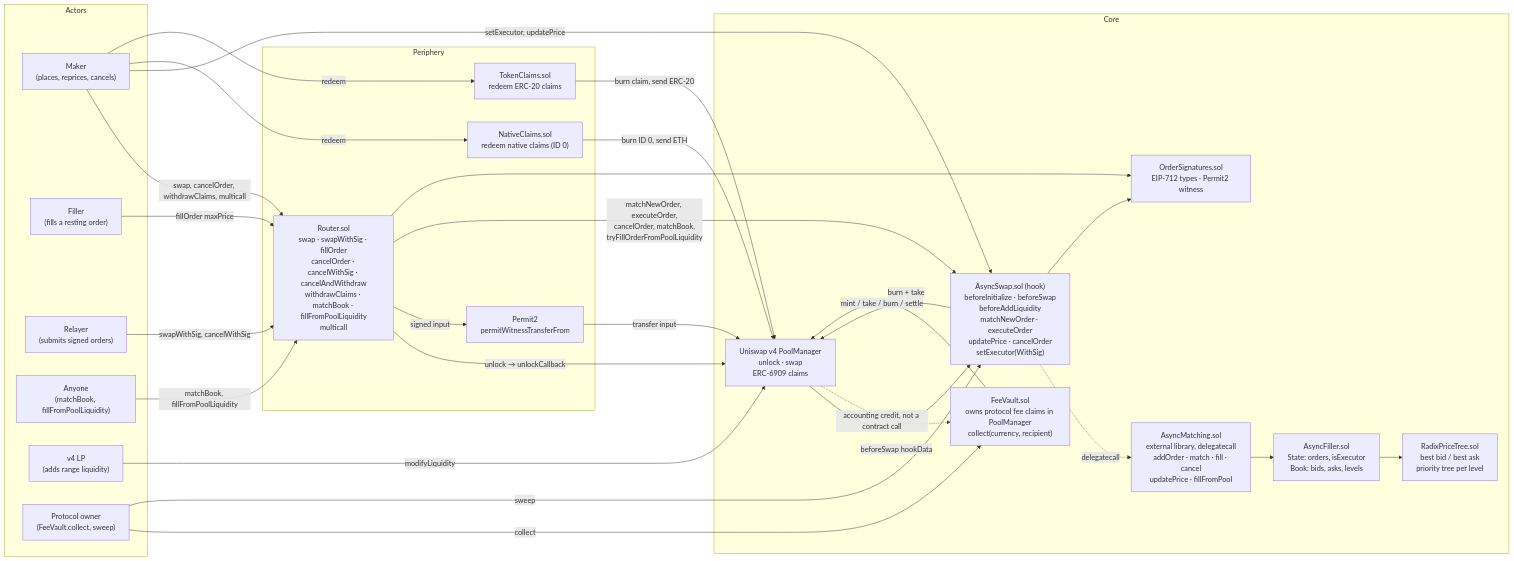
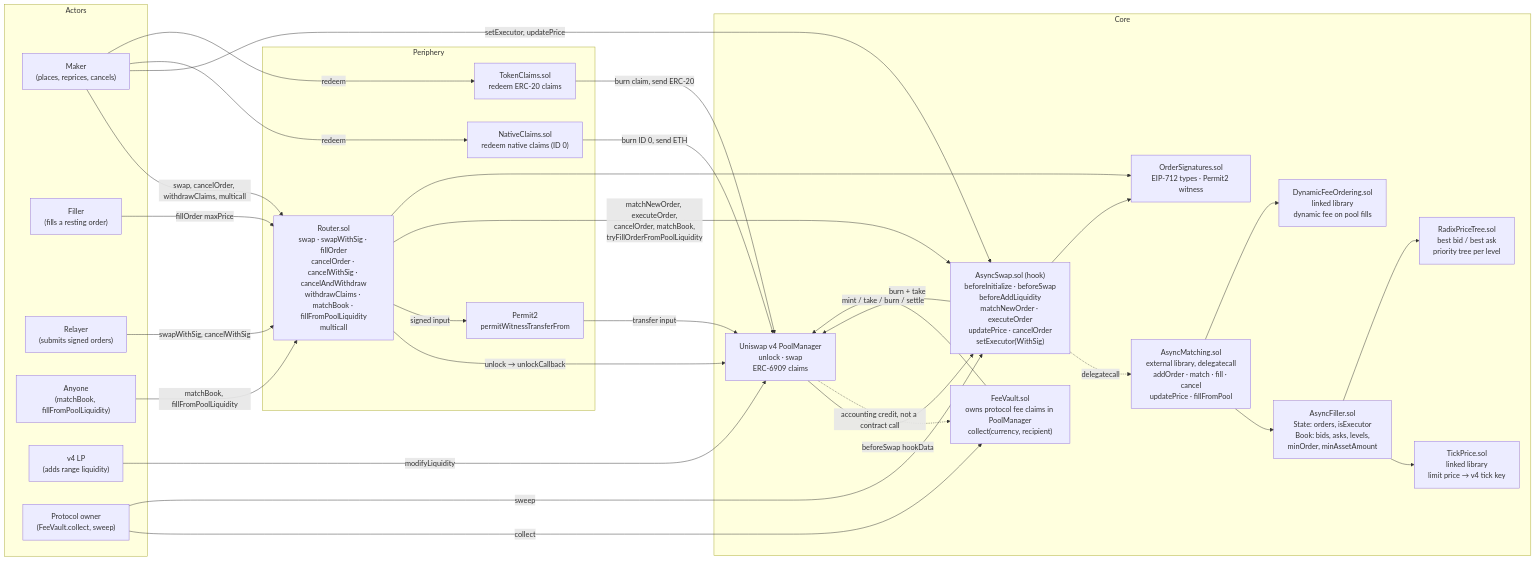
Before and after one commit to asyncswap/contracts: the first of 5 diagrams in docs/protocol.md, drawn with Mermaid. The commit also changed other lines of this file and 3 other files, not shown here.

First line of the commit message:
Bring protocol diagrams in line with the code

````diff
--- a/docs/protocol.md
+++ b/docs/protocol.md
@@ -10,55 +10,59 @@
 ```mermaid
 flowchart LR
     subgraph Actors
         Maker["Maker<br/>(places, reprices, cancels)"]
         Filler["Filler<br/>(fills a resting order)"]
         Relayer["Relayer<br/>(submits signed orders)"]
         Keeper["Anyone<br/>(matchBook, fillFromPoolLiquidity)"]
         LP["v4 LP<br/>(adds range liquidity)"]
         Owner["Protocol owner<br/>(FeeVault.collect, sweep)"]
     end
 
     subgraph Periphery
         Router["Router.sol<br/>swap · swapWithSig · fillOrder<br/>cancelOrder · cancelWithSig · cancelAndWithdraw<br/>withdrawClaims · matchBook · fillFromPoolLiquidity<br/>multicall"]
         Permit2["Permit2<br/>permitWitnessTransferFrom"]
         NativeClaims["NativeClaims.sol<br/>redeem native claims (ID 0)"]
         TokenClaims["TokenClaims.sol<br/>redeem ERC-20 claims"]
     end
 
     subgraph Core
         PM["Uniswap v4 PoolManager<br/>unlock · swap<br/>ERC-6909 claims"]
         Hook["AsyncSwap.sol (hook)<br/>beforeInitialize · beforeSwap<br/>beforeAddLiquidity<br/>matchNewOrder · executeOrder<br/>updatePrice · cancelOrder<br/>setExecutor(WithSig)"]
         Matching["AsyncMatching.sol<br/>external library, delegatecall<br/>addOrder · match · fill · cancel<br/>updatePrice · fillFromPool"]
-        Filler_["AsyncFiller.sol<br/>State: orders, isExecutor<br/>Book: bids, asks, levels"]
+        DFO["DynamicFeeOrdering.sol<br/>linked library<br/>dynamic fee on pool fills"]
+        Filler_["AsyncFiller.sol<br/>State: orders, isExecutor<br/>Book: bids, asks, levels,<br/>minOrder, minAssetAmount"]
+        Tick["TickPrice.sol<br/>linked library<br/>limit price → v4 tick key"]
         Radix["RadixPriceTree.sol<br/>best bid / best ask<br/>priority tree per level"]
         Sigs["OrderSignatures.sol<br/>EIP-712 types · Permit2 witness"]
         Vault["FeeVault.sol<br/>owns protocol fee claims in PoolManager<br/>collect(currency, recipient)"]
     end
 
     Maker -->|swap, cancelOrder, withdrawClaims, multicall| Router
     Maker -->|setExecutor, updatePrice| Hook
     Relayer -->|swapWithSig, cancelWithSig| Router
     Filler -->|fillOrder maxPrice| Router
     Keeper -->|matchBook, fillFromPoolLiquidity| Router
     LP -->|modifyLiquidity| PM
     Owner -->|collect| Vault
     Owner -->|sweep| Hook
 
     Router -->|unlock → unlockCallback| PM
     Router -->|signed input| Permit2
     Permit2 -->|transfer input| PM
     PM -->|beforeSwap hookData| Hook
     Router -->|matchNewOrder, executeOrder,<br/>cancelOrder, matchBook,<br/>tryFillOrderFromPoolLiquidity| Hook
     Hook -.->|delegatecall| Matching
     Matching --> Filler_
+    Matching --> DFO
+    Filler_ --> Tick
     Filler_ --> Radix
     Hook --> Sigs
     Router --> Sigs
     Hook -->|mint / take / burn / settle| PM
     PM -.->|accounting credit, not a contract call| Vault
     Vault -->|burn + take| PM
     Maker -->|redeem| NativeClaims
     NativeClaims -->|burn ID 0, send ETH| PM
     Maker -->|redeem| TokenClaims
     TokenClaims -->|burn claim, send ERC-20| PM
 ```
````
